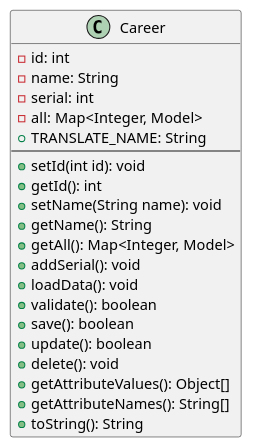
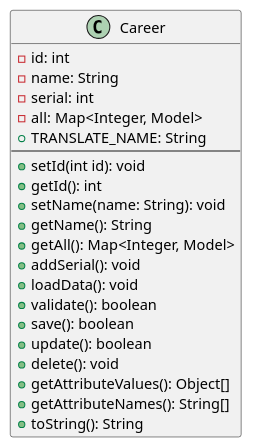
Before and after one commit to GiulianoPoeta99/tpi-gestor-academico: the diagram in src/uml/career/Career.puml, drawn with PlantUML. The commit also changed 10 other files, not shown here.

Commit message:
se corrigio nomenclatura de uml

```diff
--- a/src/uml/career/Career.puml
+++ b/src/uml/career/Career.puml
@@ -1,27 +1,27 @@
 @startuml
 
 class Career {
     - id: int
     - name: String
     - serial: int
     - all: Map<Integer, Model>
     + TRANSLATE_NAME: String
     ---
     + setId(int id): void
     + getId(): int
-    + setName(String name): void
+    + setName(name: String): void
     + getName(): String
     + getAll(): Map<Integer, Model>
     + addSerial(): void
     + loadData(): void
     + validate(): boolean
     + save(): boolean
     + update(): boolean
     + delete(): void
     + getAttributeValues(): Object[]
     + getAttributeNames(): String[]
     + toString(): String
 }
 
 
 @enduml
```
